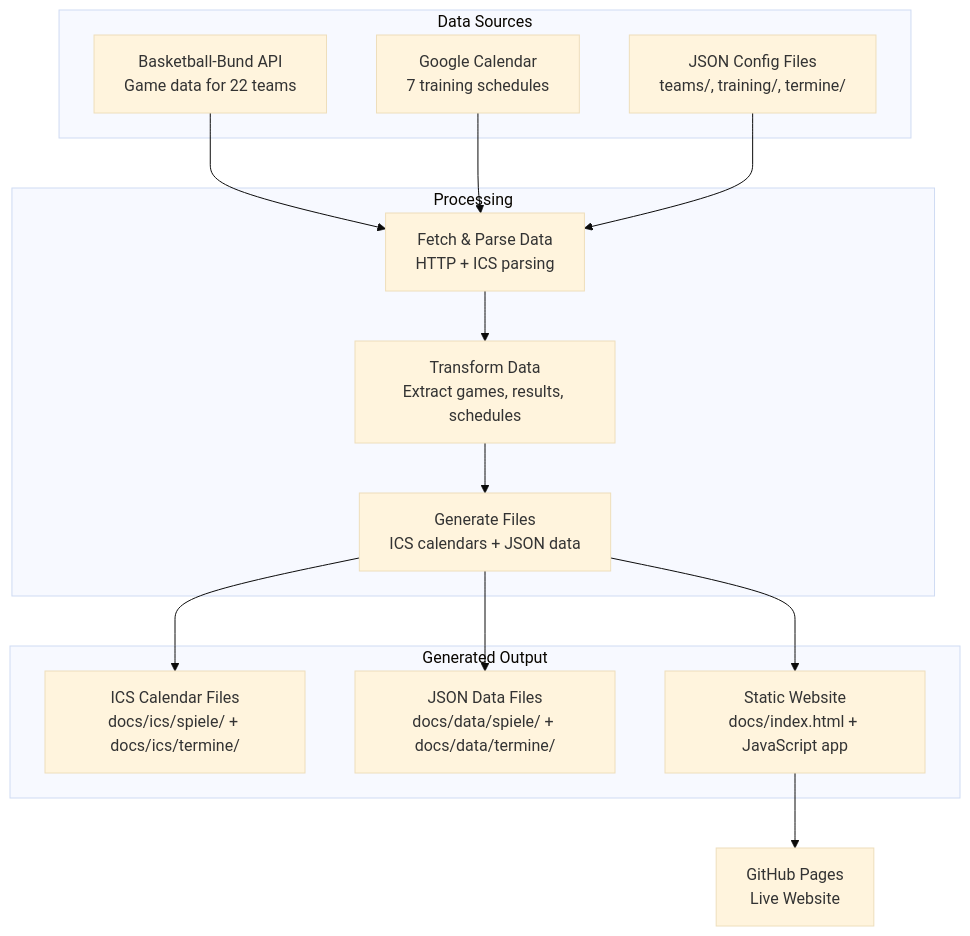
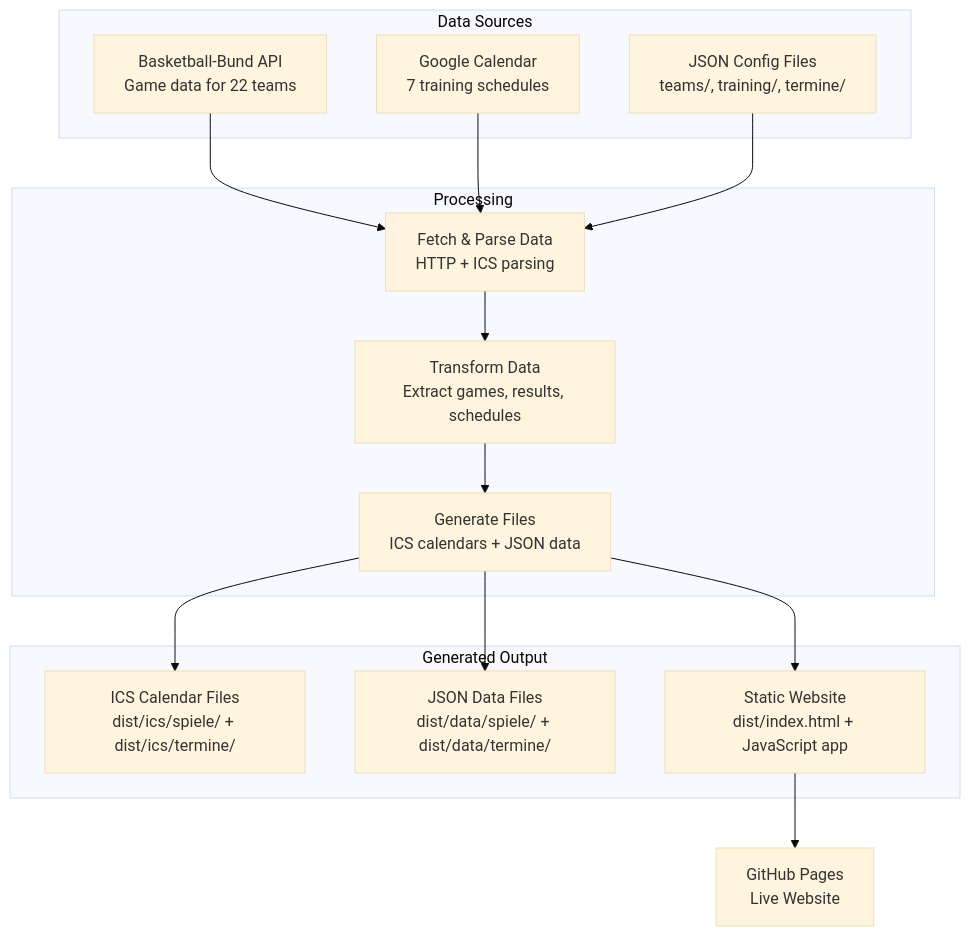
One commit to pkcpkc/bc-lions-moabit changed the diagram in README.md. Above: the diagram before and after it, drawn with Mermaid (base theme). The commit also changed other lines of this file and 93 other files, not shown here.

````diff
--- a/README.md
+++ b/README.md
@@ -7,33 +7,33 @@
 ```mermaid
 flowchart TB
     subgraph INPUT [Data Sources]
         API[Basketball-Bund API<br/>Game data for 22 teams]
         GCL[Google Calendar<br/>7 training schedules]
         CFG[JSON Config Files<br/>teams/, training/, termine/]
     end
     
     subgraph TRANSFORM [Processing]
         FETCH[Fetch & Parse Data<br/>HTTP + ICS parsing]
         PROC[Transform Data<br/>Extract games, results, schedules]
         GEN[Generate Files<br/>ICS calendars + JSON data]
     end
     
     subgraph OUTPUT [Generated Output]
-        ICS[ICS Calendar Files<br/>docs/ics/spiele/ + docs/ics/termine/]
-        JSON[JSON Data Files<br/>docs/data/spiele/ + docs/data/termine/]
-        HTML[Static Website<br/>docs/index.html + JavaScript app]
+        ICS[ICS Calendar Files<br/>dist/ics/spiele/ + dist/ics/termine/]
+        JSON[JSON Data Files<br/>dist/data/spiele/ + dist/data/termine/]
+        HTML[Static Website<br/>dist/index.html + JavaScript app]
     end
     
     API --> FETCH
     GCL --> FETCH
     CFG --> FETCH
     
     FETCH --> PROC
     PROC --> GEN
     
     GEN --> ICS
     GEN --> JSON
     GEN --> HTML
     
     HTML --> DEPLOY[GitHub Pages<br/>Live Website]
 ```
````
